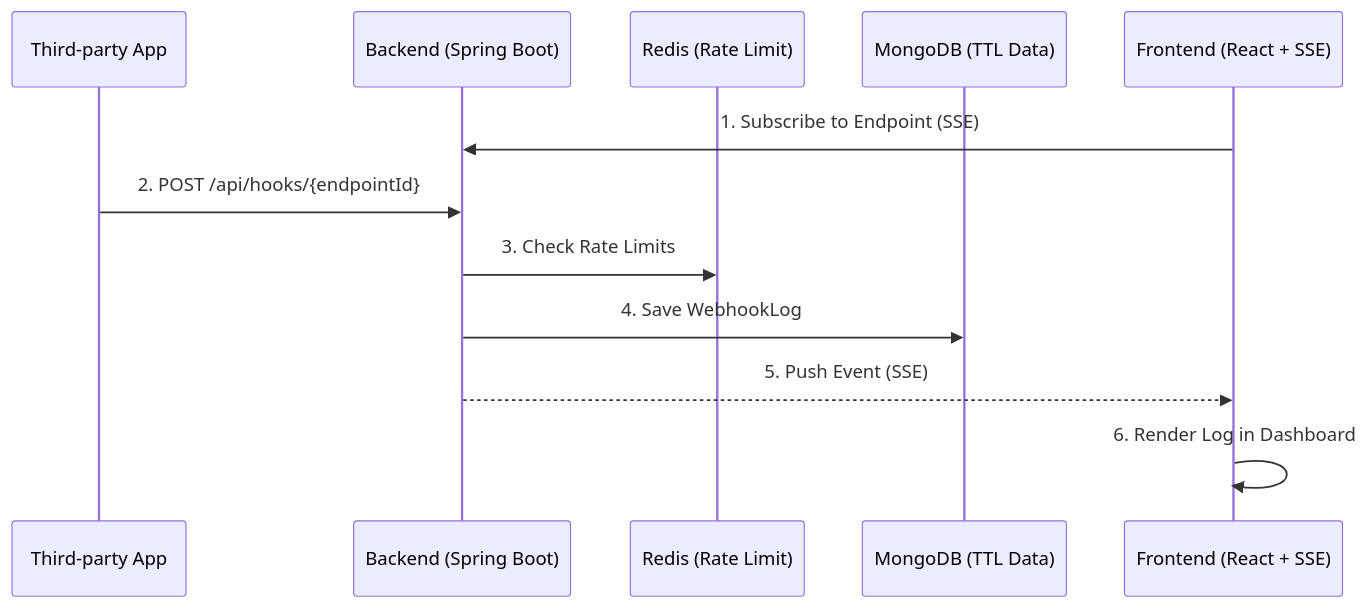
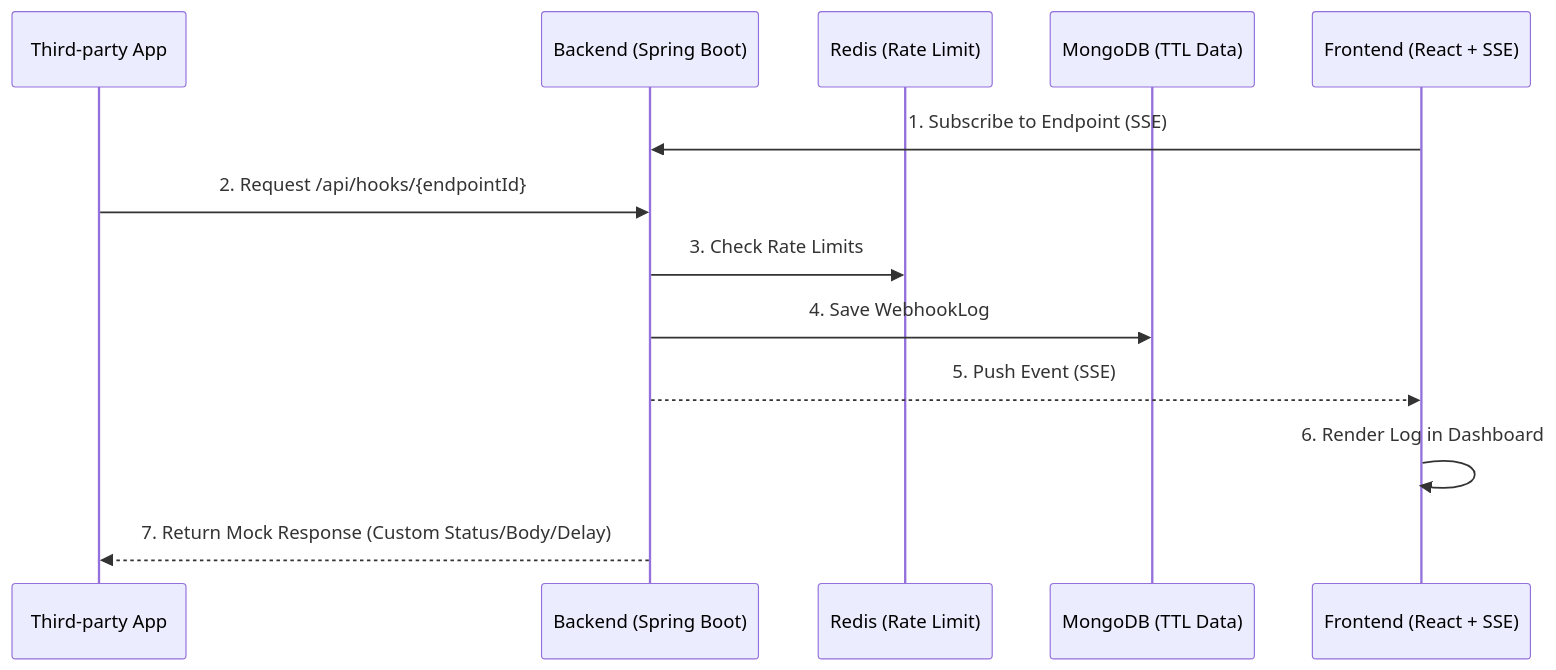
Before and after one commit to pottq577/flashhook: the diagram in README.md, drawn with Mermaid. The commit also changed other lines of this file, not shown here.

Commit message:
docs: README.md 시스템 아키텍처 및 주요 기능 내용 최신화
- Mermaid 시퀀스 다이어그램에 Mock Response 반환 절차 추가
- 주요 기능 설명에 Slack URL Verification(동적 프리셋) 지원 내용 추가

````diff
--- a/README.md
+++ b/README.md
@@ -65,15 +66,16 @@
 ```mermaid
 sequenceDiagram
     participant WebhookSender as Third-party App
     participant Spring as Backend (Spring Boot)
     participant Redis as Redis (Rate Limit)
     participant Mongo as MongoDB (TTL Data)
     participant FE as Frontend (React + SSE)
 
     FE->>Spring: 1. Subscribe to Endpoint (SSE)
-    WebhookSender->>Spring: 2. POST /api/hooks/{endpointId}
+    WebhookSender->>Spring: 2. Request /api/hooks/{endpointId}
     Spring->>Redis: 3. Check Rate Limits
     Spring->>Mongo: 4. Save WebhookLog
     Spring-->>FE: 5. Push Event (SSE)
     FE->>FE: 6. Render Log in Dashboard
+    Spring-->>WebhookSender: 7. Return Mock Response (Custom Status/Body/Delay)
 ```
````
